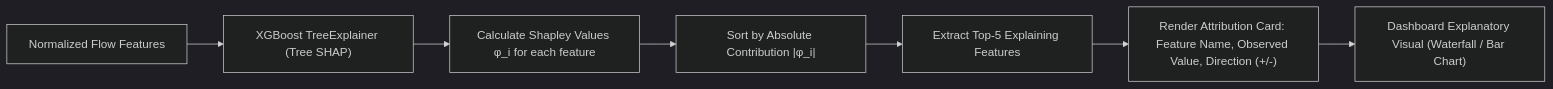
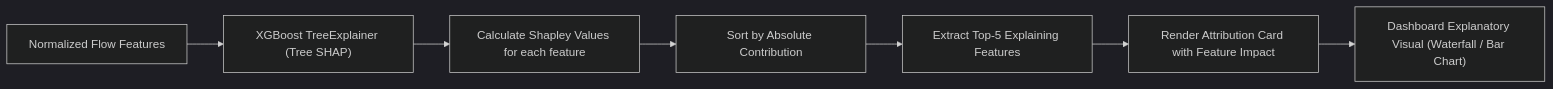
Before and after one commit to sunayanakamat04/cybersentinel-ai: the fourth of 6 diagrams in docs/ARCHITECTURE.md, drawn with Mermaid (dark theme). The commit also changed other lines of this file and 3 other files, not shown here.

Commit message:
fix(docs): resolve Mermaid syntax parse errors for GitHub rich display rendering

````diff
--- a/docs/ARCHITECTURE.md
+++ b/docs/ARCHITECTURE.md
@@ -138,10 +138,10 @@
 ```mermaid
 flowchart LR
     INPUT_FLOW["Normalized Flow Features"] --> TREE_EXP["XGBoost TreeExplainer (Tree SHAP)"]
-    TREE_EXP --> COND_EXP["Calculate Shapley Values φ_i for each feature"]
-    COND_EXP --> RANK["Sort by Absolute Contribution |φ_i|"]
+    TREE_EXP --> COND_EXP["Calculate Shapley Values for each feature"]
+    COND_EXP --> RANK["Sort by Absolute Contribution"]
     RANK --> TOP5["Extract Top-5 Explaining Features"]
     
-    TOP5 --> FORMAT["Render Attribution Card: Feature Name, Observed Value, Direction (+/-)"]
+    TOP5 --> FORMAT["Render Attribution Card with Feature Impact"]
     FORMAT --> UI_CARD["Dashboard Explanatory Visual (Waterfall / Bar Chart)"]
 ```
````
